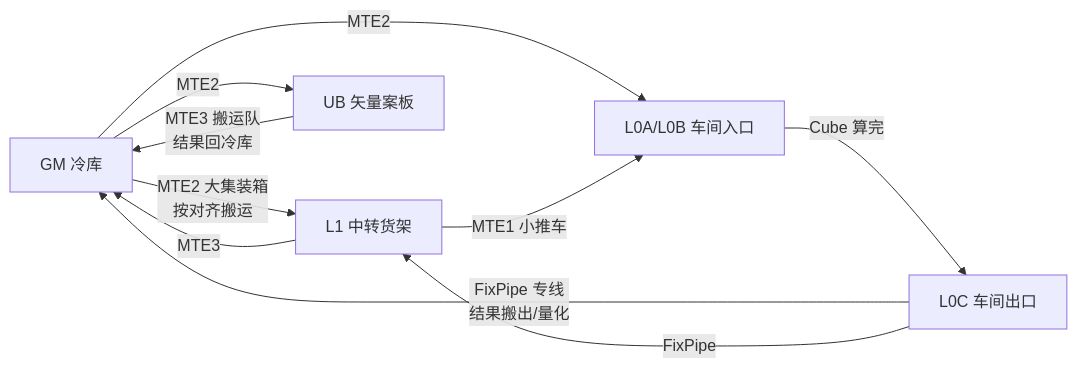
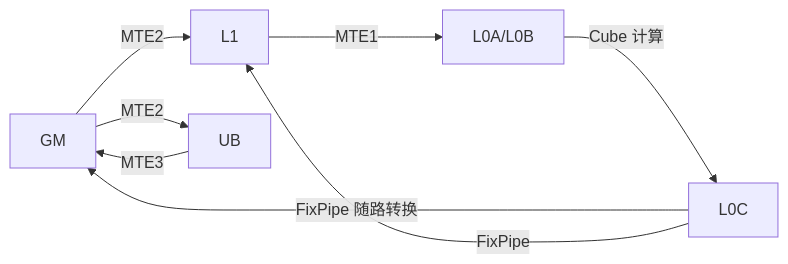
One commit to hb4ch/ascend-book changed the second of 4 diagrams in docs/01-platform/ch02-hardware.md. Above: the diagram before and after it, drawn with Mermaid. The commit also changed other lines of this file and 1 other file, not shown here.

Commit message:
docs: finalize chapter 2 architecture and synchronization review

````diff
--- a/docs/01-platform/ch02-hardware.md
+++ b/docs/01-platform/ch02-hardware.md
@@ -148,12 +131,10 @@
 ```mermaid
 flowchart LR
-    GM["GM 冷库"] -->|"MTE2 大集装箱<br/>按对齐搬运"| L1["L1 中转货架"]
-    GM -->|"MTE2"| L0["L0A/L0B 车间入口"]
-    GM -->|"MTE2"| UB["UB 矢量案板"]
-    L1 -->|"MTE1 小推车"| L0
-    L0 -->|"Cube 算完"| L0C["L0C 车间出口"]
-    L0C -->|"FixPipe 专线<br/>结果搬出/量化"| GM
+    GM["GM"] -->|"MTE2"| L1["L1"]
+    GM -->|"MTE2"| UB["UB"]
+    L1 -->|"MTE1"| L0["L0A/L0B"]
+    L0 -->|"Cube 计算"| L0C["L0C"]
+    L0C -->|"FixPipe 随路转换"| GM
     L0C -->|"FixPipe"| L1
-    UB -->|"MTE3 搬运队<br/>结果回冷库"| GM
-    L1 -->|"MTE3"| GM
+    UB -->|"MTE3"| GM
 ```
````
